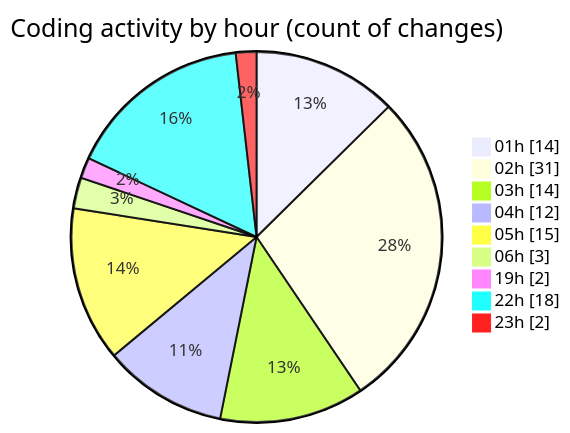
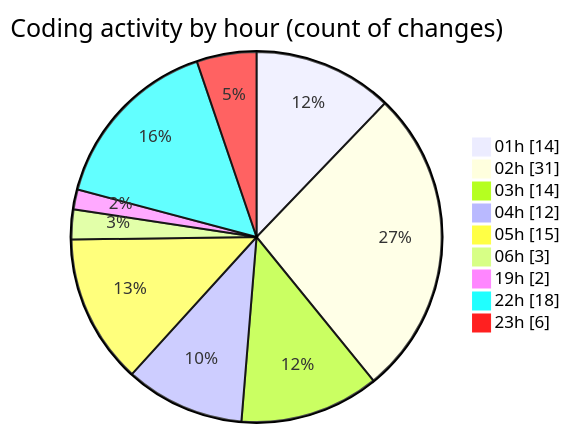
The second of 2 diagrams in 2025-07-13/telebot/README.md (jrari/code-tracking), drawn with Mermaid before and after one commit. The commit also changed other lines of this file and 1 other file, not shown here.

````diff
--- a/2025-07-13/telebot/README.md
+++ b/2025-07-13/telebot/README.md
@@ -75,13 +77,13 @@
 ```mermaid
 pie showData
 title Coding activity by hour (count of changes)
 "01h" : 14
 "02h" : 31
 "03h" : 14
 "04h" : 12
 "05h" : 15
 "06h" : 3
 "19h" : 2
 "22h" : 18
-"23h" : 2
+"23h" : 6
 ```
````
